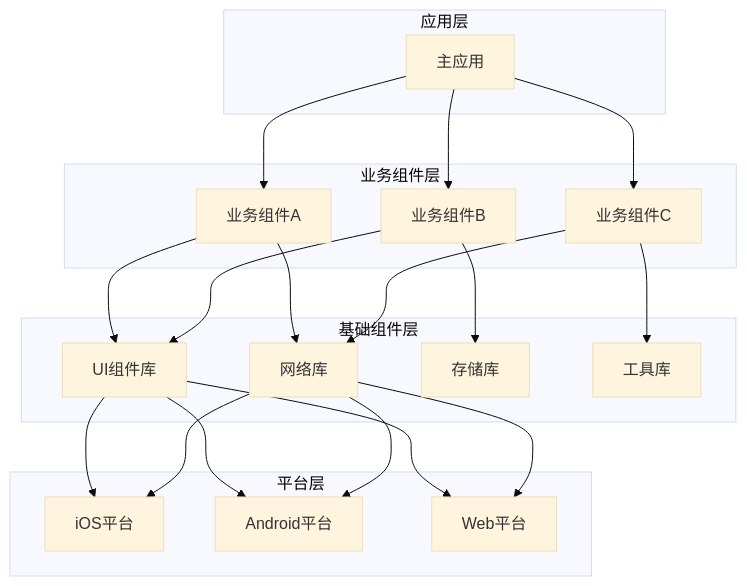
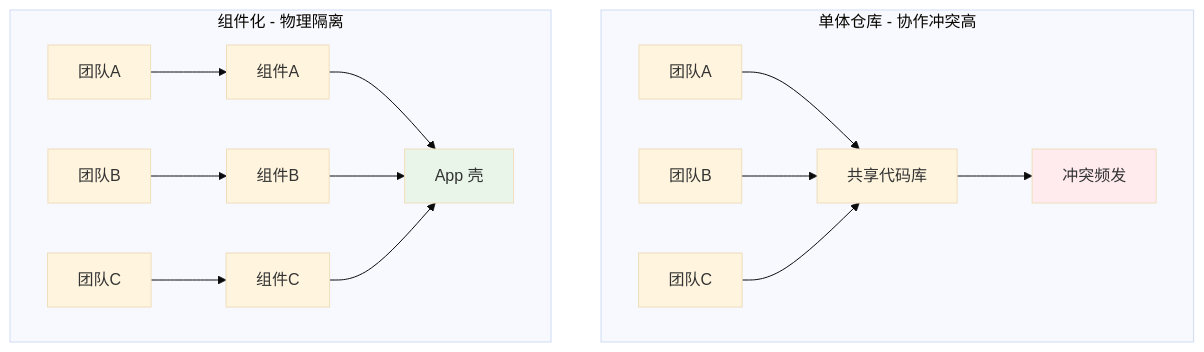
The third of 15 diagrams in 00.通用技术的提升/07.方案设计思想/卷一-架构与组件/02.组件化方案的设计.md (chongyang211/YCBookBlog), drawn with Mermaid (base theme) before and after one commit. The commit also changed other lines of this file and 5 other files, not shown here.

````diff
--- a/00.通用技术的提升/07.方案设计思想/卷一-架构与组件/02.组件化方案的设计.md
+++ b/00.通用技术的提升/07.方案设计思想/卷一-架构与组件/02.组件化方案的设计.md
@@ -240,43 +111,21 @@
 ```mermaid
 graph TB
-    subgraph "应用层"
-        App[主应用]
+    subgraph "单体仓库 - 协作冲突高"
+        T1[团队A] --> Code[共享代码库]
+        T2[团队B] --> Code
+        T3[团队C] --> Code
+        Code --> Conflict[冲突频发]
     end
     
-    subgraph "业务组件层"
-        BizA[业务组件A]
-        BizB[业务组件B]
-        BizC[业务组件C]
+    subgraph "组件化 - 物理隔离"
+        TA[团队A] --> CA[组件A]
+        TB[团队B] --> CB[组件B]
+        TC[团队C] --> CC[组件C]
+        CA --> Shell[App 壳]
+        CB --> Shell
+        CC --> Shell
     end
     
-    subgraph "基础组件层"
-        UI[UI组件库]
-        Network[网络库]
-        Storage[存储库]
-        Utils[工具库]
-    end
-    
-    subgraph "平台层"
-        iOS[iOS平台]
-        Android[Android平台]
-        Web[Web平台]
-    end
-    
-    App --> BizA
-    App --> BizB
-    App --> BizC
-    
-    BizA --> UI
-    BizA --> Network
-    BizB --> UI
-    BizB --> Storage
-    BizC --> Utils
-    BizC --> Network
-    
-    UI --> iOS
-    UI --> Android
-    UI --> Web
-    Network --> iOS
-    Network --> Android
-    Network --> Web
+    style Conflict fill:#ffebee
+    style Shell fill:#e8f5e8
 ```
````
